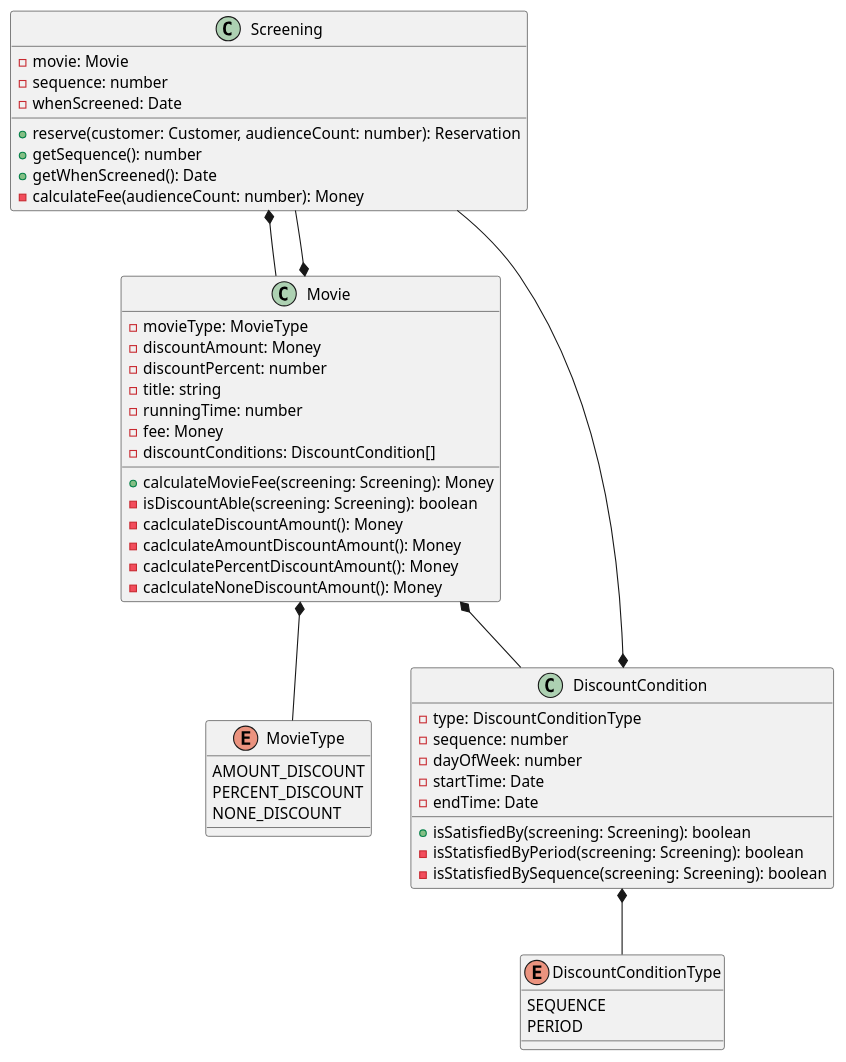
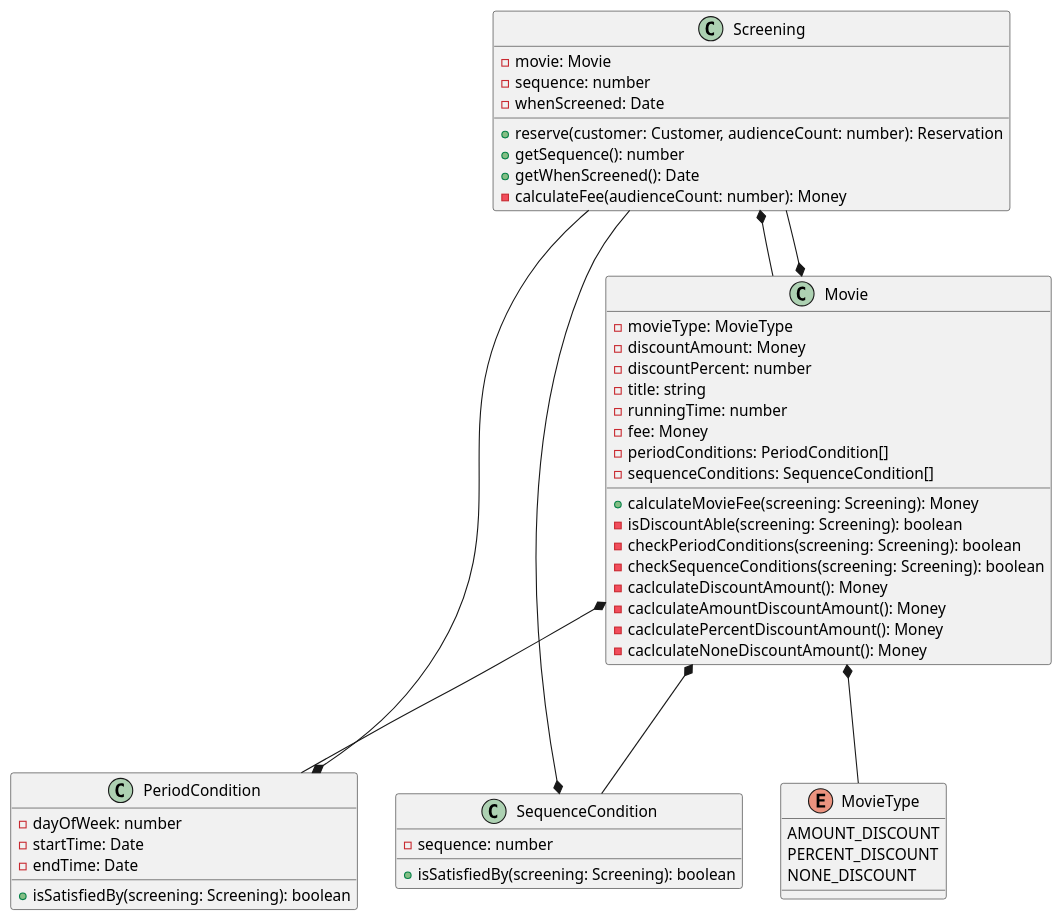
One commit to vomvoru/object-study changed the diagram in chapter5/tplant.puml. Above: the diagram before and after it, drawn with PlantUML. The commit also changed 7 other files, not shown here.

```diff
--- a/chapter5/tplant.puml
+++ b/chapter5/tplant.puml
@@ -1,79 +1,79 @@
 @startuml
 class Customer
 class Money {
     -amount: number
     +plus(amount: Money): Money
     +minus(amount: Money): Money
     +times(percent: number): Money
     +isLessThan(other: Money): boolean
     +isGreaterThanOrEqual(other: Money): boolean
     +{static} ZERO: Money
     +{static} wons(amount: number): Money
 }
 class Reservation {
     -customer: Customer
     -screening: Screening
     -fee: Money
     -audienceCount: number
 }
-enum MovieType {
-    AMOUNT_DISCOUNT
-    PERCENT_DISCOUNT
-    NONE_DISCOUNT
-}
-class Movie {
-    -movieType: MovieType
-    -discountAmount: Money
-    -discountPercent: number
-    -title: string
-    -runningTime: number
-    -fee: Money
-    -discountConditions: DiscountCondition[]
-    +calculateMovieFee(screening: Screening): Money
-    -isDiscountAble(screening: Screening): boolean
-    -caclculateDiscountAmount(): Money
-    -caclculateAmountDiscountAmount(): Money
-    -caclculatePercentDiscountAmount(): Money
-    -caclculateNoneDiscountAmount(): Money
-}
 class Screening {
     -movie: Movie
     -sequence: number
     -whenScreened: Date
     +reserve(customer: Customer, audienceCount: number): Reservation
     +getSequence(): number
     +getWhenScreened(): Date
     -calculateFee(audienceCount: number): Money
 }
-enum DiscountConditionType {
-    SEQUENCE
-    PERIOD
+enum MovieType {
+    AMOUNT_DISCOUNT
+    PERCENT_DISCOUNT
+    NONE_DISCOUNT
 }
-class DiscountCondition {
-    -type: DiscountConditionType
-    -sequence: number
+class PeriodCondition {
     -dayOfWeek: number
     -startTime: Date
     -endTime: Date
     +isSatisfiedBy(screening: Screening): boolean
-    -isStatisfiedByPeriod(screening: Screening): boolean
-    -isStatisfiedBySequence(screening: Screening): boolean
+}
+class SequenceCondition {
+    -sequence: number
+    +isSatisfiedBy(screening: Screening): boolean
+}
+class Movie {
+    -movieType: MovieType
+    -discountAmount: Money
+    -discountPercent: number
+    -title: string
+    -runningTime: number
+    -fee: Money
+    -periodConditions: PeriodCondition[]
+    -sequenceConditions: SequenceCondition[]
+    +calculateMovieFee(screening: Screening): Money
+    -isDiscountAble(screening: Screening): boolean
+    -checkPeriodConditions(screening: Screening): boolean
+    -checkSequenceConditions(screening: Screening): boolean
+    -caclculateDiscountAmount(): Money
+    -caclculateAmountDiscountAmount(): Money
+    -caclculatePercentDiscountAmount(): Money
+    -caclculateNoneDiscountAmount(): Money
 }
 Reservation *-- Customer
 Reservation *-- Screening
 Reservation *-- Money
-Movie *-- MovieType
-Movie *-- Money
-Movie *-- DiscountCondition
-Movie *-- Screening
 Screening *-- Movie
 Screening *-- Customer
 Screening *-- Reservation
 Screening *-- Money
-DiscountCondition *-- DiscountConditionType
-DiscountCondition *-- Screening
+PeriodCondition *-- Screening
+SequenceCondition *-- Screening
+Movie *-- MovieType
+Movie *-- Money
+Movie *-- PeriodCondition
+Movie *-- SequenceCondition
+Movie *-- Screening
 
 hide Money
 hide Customer
 hide Reservation
 @enduml
```
